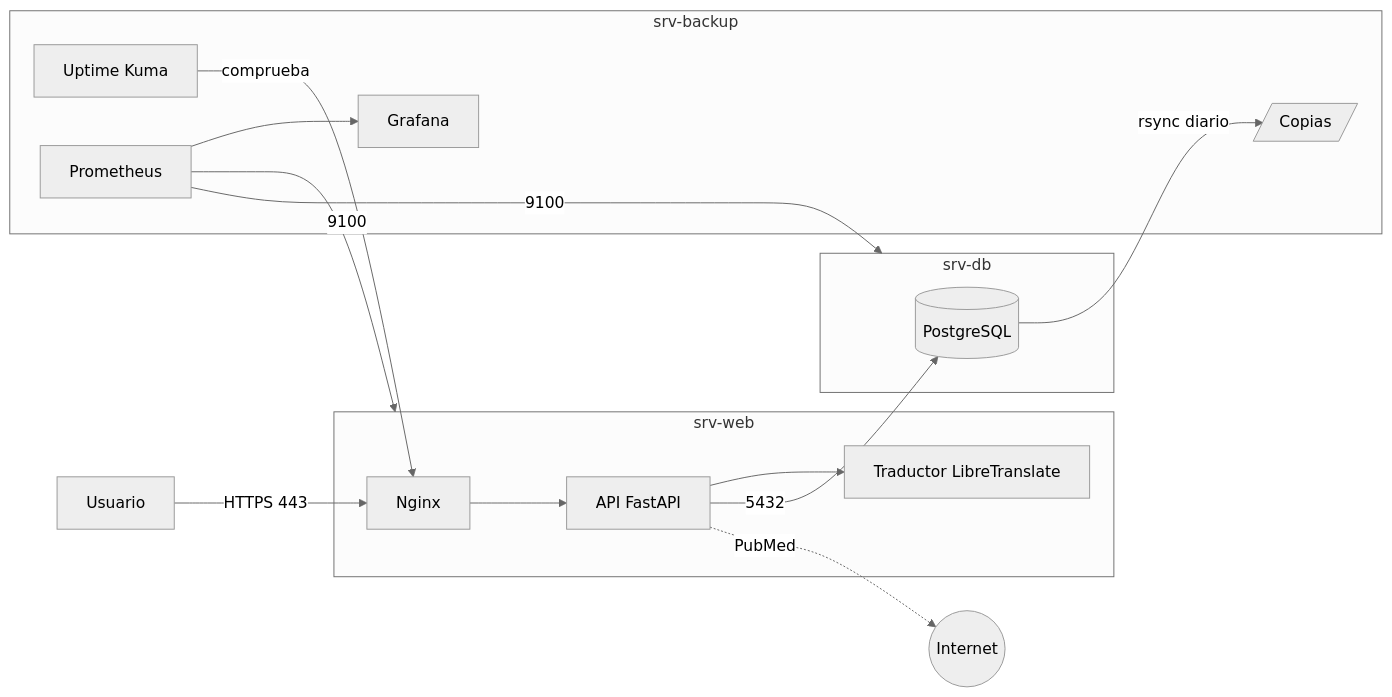
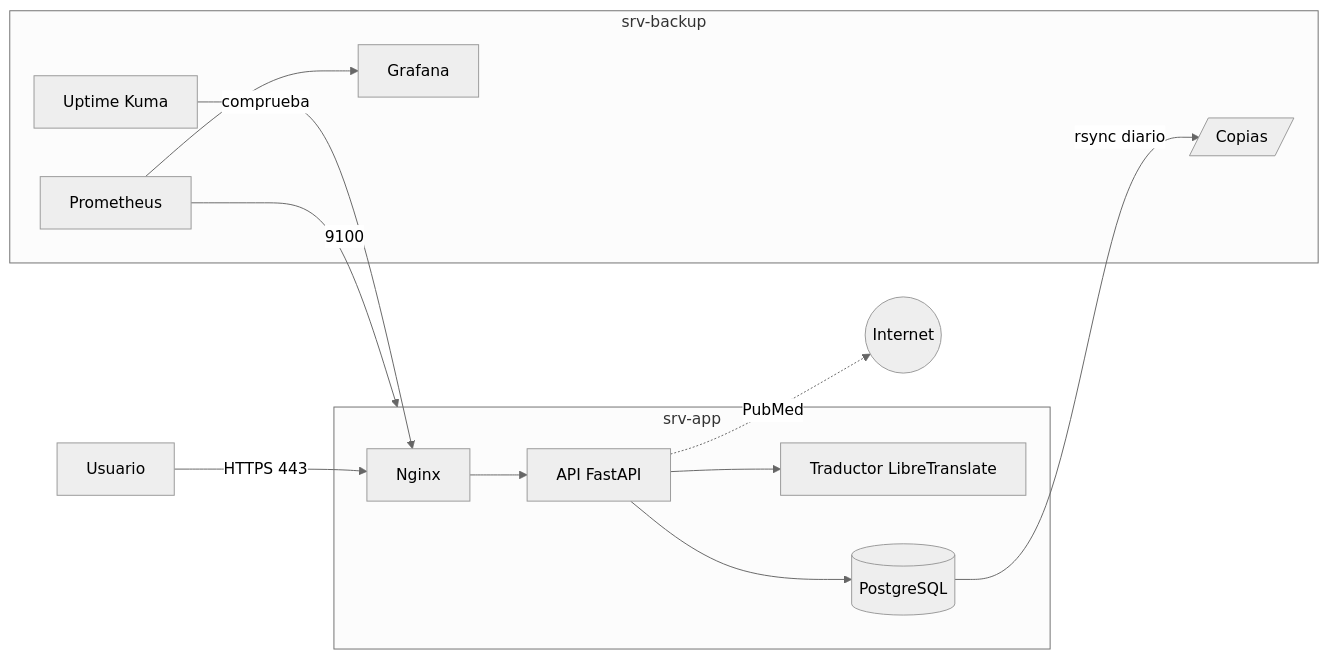
One commit to IzanZambrano/Projecte-ASIR changed the diagram in docs/02-arquitectura.md. Above: the diagram before and after it, drawn with Mermaid (neutral theme). The commit also changed other lines of this file and 36 other files, not shown here.

First line of the commit message:
Unificar web y base de datos en una sola máquina: srv-app

````diff
--- a/docs/02-arquitectura.md
+++ b/docs/02-arquitectura.md
@@ -5,21 +5,18 @@
 ```mermaid
 flowchart LR
     U[Usuario] -- HTTPS 443 --> N
-    subgraph srv-web
+    subgraph srv-app
         N[Nginx] --> A[API FastAPI]
         A --> T[Traductor LibreTranslate]
-    end
-    subgraph srv-db
-        P[(PostgreSQL)]
+        A --> P[(PostgreSQL)]
     end
     subgraph srv-backup
         K[Uptime Kuma]
         PR[Prometheus] --> G[Grafana]
         B[/Copias/]
     end
-    A -- 5432 --> P
     A -. PubMed .-> I((Internet))
     P -- rsync diario --> B
-    PR -- 9100 --> srv-web & srv-db
+    PR -- 9100 --> srv-app
     K -- comprueba --> N
 ```
````
